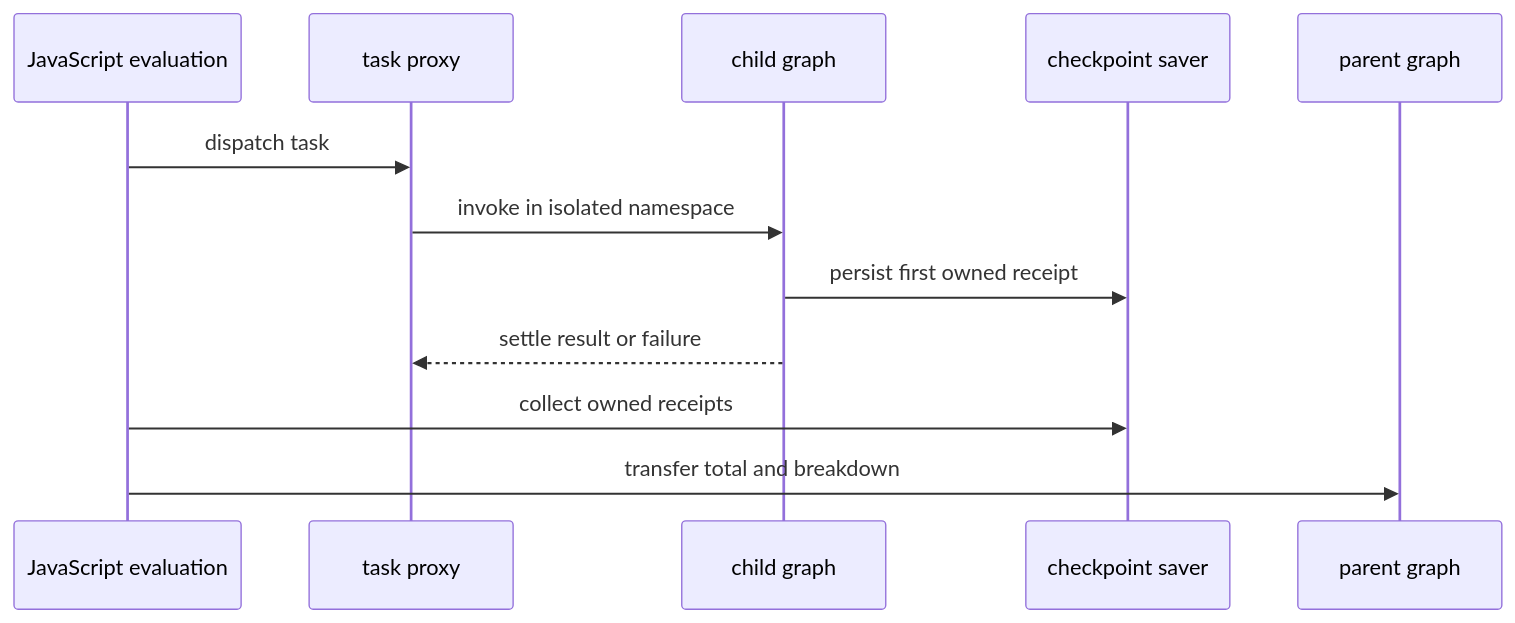
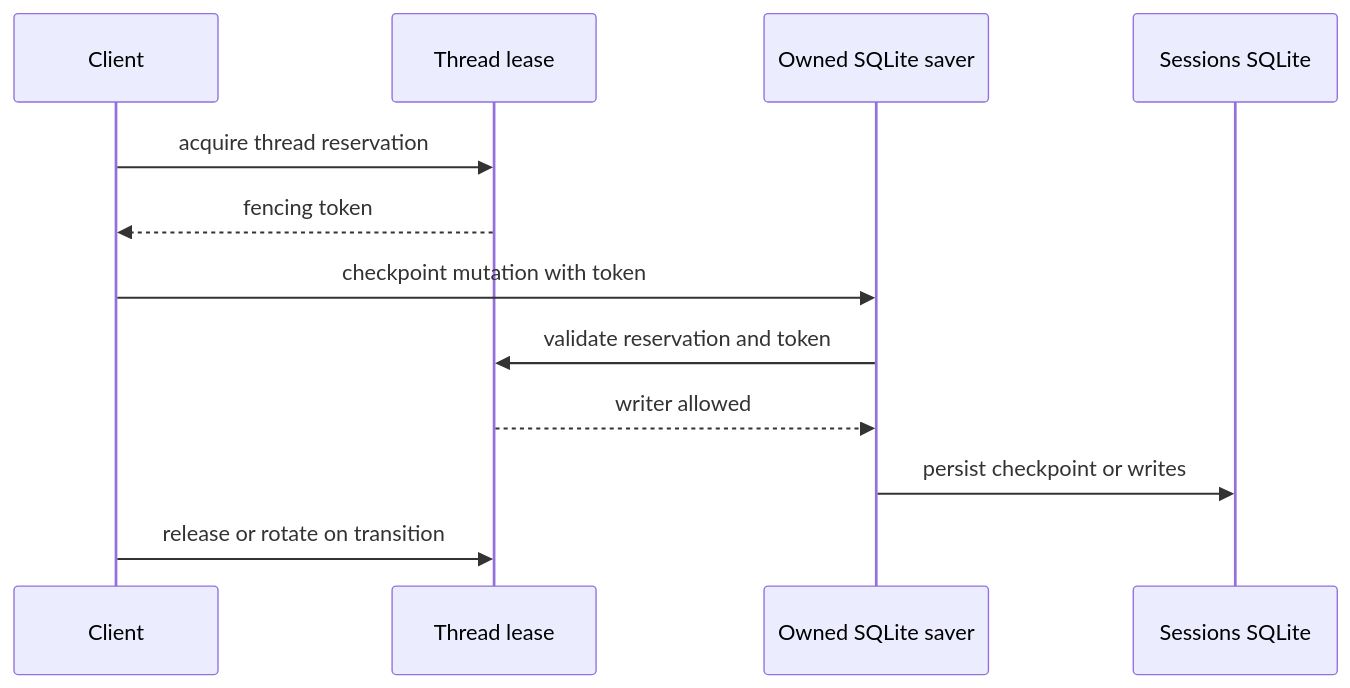
Before and after one commit to langchain-ai/deepagents: the second of 3 diagrams in openwiki/operations/cost-and-sessions.md, drawn with Mermaid. The commit also changed other lines of this file and 35 other files, not shown here.

````diff
--- a/openwiki/operations/cost-and-sessions.md
+++ b/openwiki/operations/cost-and-sessions.md
@@ -68,14 +95,14 @@
 ```mermaid
 sequenceDiagram
-    participant Eval as JavaScript evaluation
-    participant Task as task proxy
-    participant Child as child graph
-    participant Saver as checkpoint saver
-    participant Parent as parent graph
-    Eval->>Task: dispatch task
-    Task->>Child: invoke in isolated namespace
-    Child->>Saver: persist first owned receipt
-    Child-->>Task: settle result or failure
-    Eval->>Saver: collect owned receipts
-    Eval->>Parent: transfer total and breakdown
+    participant Client as Client
+    participant Lease as Thread lease
+    participant Saver as Owned SQLite saver
+    participant DB as Sessions SQLite
+    Client->>Lease: acquire thread reservation
+    Lease-->>Client: fencing token
+    Client->>Saver: checkpoint mutation with token
+    Saver->>Lease: validate reservation and token
+    Lease-->>Saver: writer allowed
+    Saver->>DB: persist checkpoint or writes
+    Client->>Lease: release or rotate on transition
 ```
````
